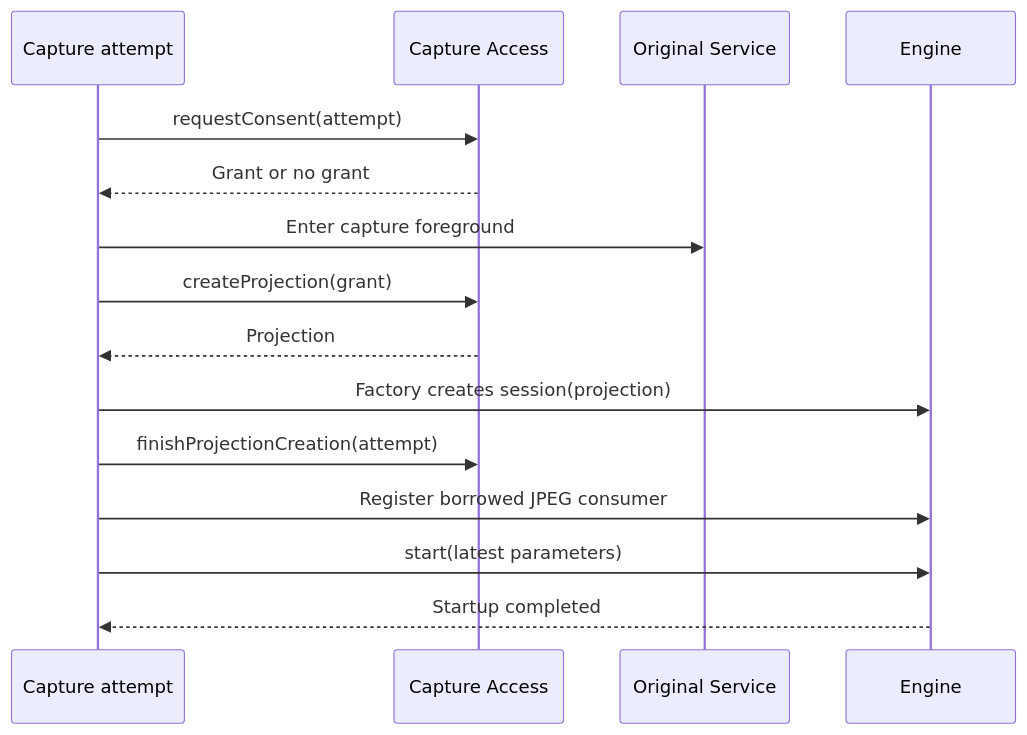
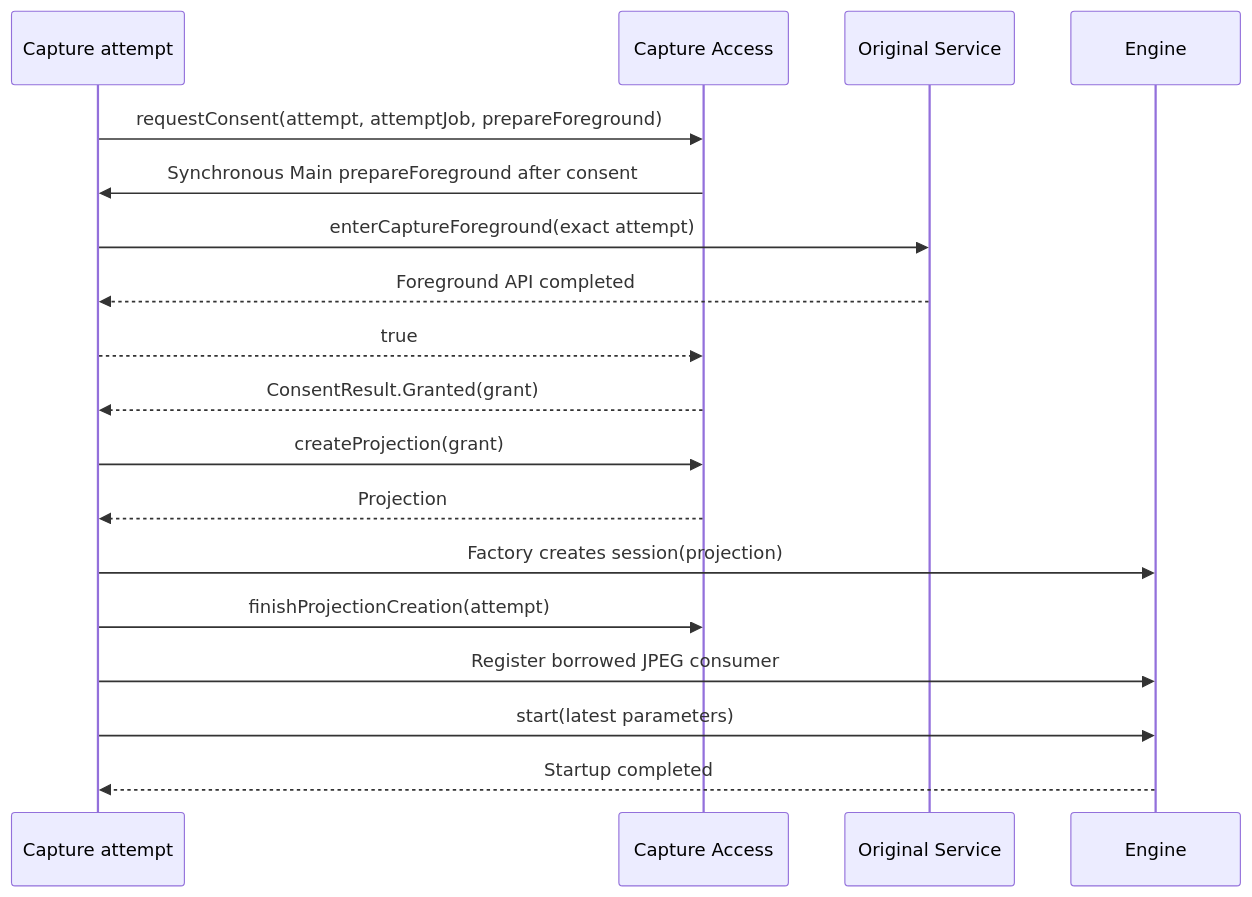
One commit to dkrivoruchko/ScreenStream changed the first of 2 diagrams in mjpeg/internal/01-lifecycle/module-lifecycle.md. Above: the diagram before and after it, drawn with Mermaid. The commit also changed other lines of this file and 75 other files, not shown here.

````diff
--- a/mjpeg/internal/01-lifecycle/module-lifecycle.md
+++ b/mjpeg/internal/01-lifecycle/module-lifecycle.md
@@ -13,17 +13,20 @@
 ```mermaid
 sequenceDiagram
     participant A as Capture attempt
     participant X as Capture Access
     participant S as Original Service
     participant E as Engine
-    A->>X: requestConsent(attempt)
-    X-->>A: Grant or no grant
-    A->>S: Enter capture foreground
+    A->>X: requestConsent(attempt, attemptJob, prepareForeground)
+    X->>A: Synchronous Main prepareForeground after consent
+    A->>S: enterCaptureForeground(exact attempt)
+    S-->>A: Foreground API completed
+    A-->>X: true
+    X-->>A: ConsentResult.Granted(grant)
     A->>X: createProjection(grant)
     X-->>A: Projection
     A->>E: Factory creates session(projection)
     A->>X: finishProjectionCreation(attempt)
     A->>E: Register borrowed JPEG consumer
     A->>E: start(latest parameters)
     E-->>A: Startup completed
 ```
````
